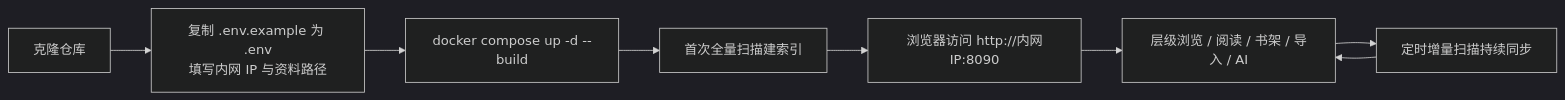
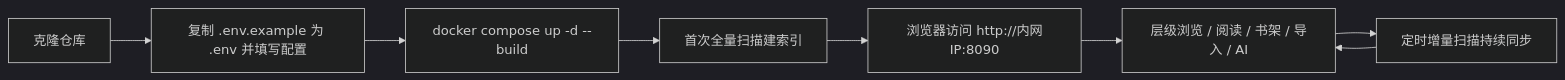
Before and after one commit to CrystalGabrielle/LanternDesk: the first of 2 diagrams in README.md, drawn with Mermaid (dark theme). The commit also changed other lines of this file and 6 other files, not shown here.

Commit message:
docs: add PNG previews for all diagrams and harden CI checks

````diff
--- a/README.md
+++ b/README.md
@@ -91,10 +93,10 @@
 ```mermaid
 flowchart LR
-    A["克隆仓库"] --> B["复制 .env.example 为 .env<br/>填写内网 IP 与资料路径"]
+    A["克隆仓库"] --> B["复制 .env.example 为 .env 并填写配置"]
     B --> C["docker compose up -d --build"]
     C --> D["首次全量扫描建索引"]
     D --> E["浏览器访问 http://内网IP:8090"]
     E --> F["层级浏览 / 阅读 / 书架 / 导入 / AI"]
     F --> G["定时增量扫描持续同步"]
     G --> F
 ```
````
